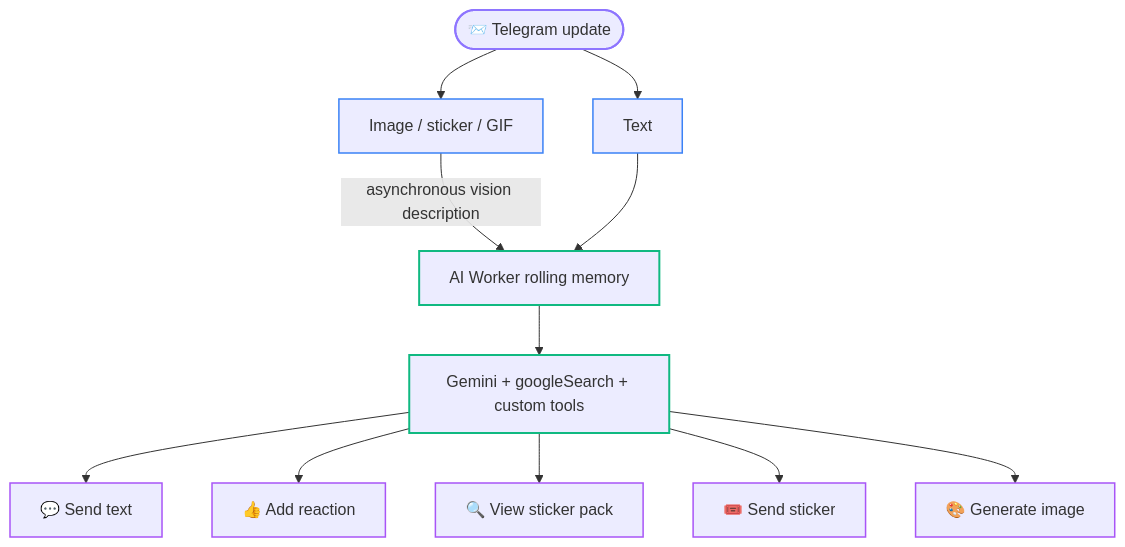
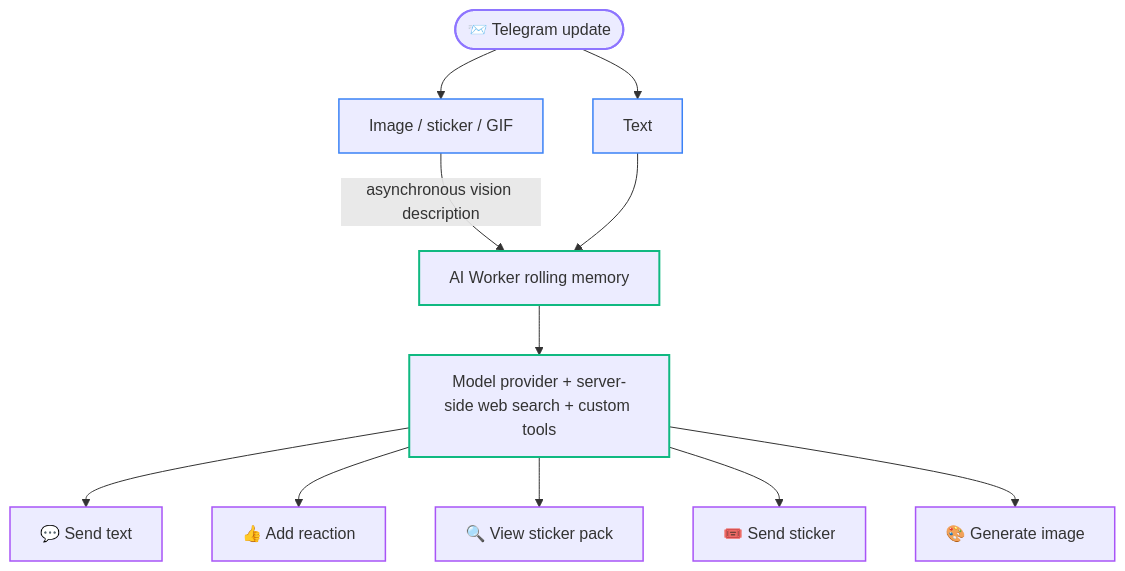
Before and after one commit to Asashishi/copy_ninjia: the second of 2 diagrams in docs/en/02-architecture.md, drawn with Mermaid. The commit also changed other lines of this file and 193 other files, not shown here.

````diff
--- a/docs/en/02-architecture.md
+++ b/docs/en/02-architecture.md
@@ -65,19 +65,19 @@
 ```mermaid
 flowchart TD
     classDef input stroke:#8e75ff,stroke-width:2px;
     classDef process stroke:#3b82f6,stroke-width:1.5px;
     classDef ai stroke:#10b981,stroke-width:2px;
     classDef action stroke:#a855f7,stroke-width:1.5px;
 
     U(["📨 Telegram update"]):::input --> TXT["Text"]:::process
     U --> MED["Image / sticker / GIF"]:::process
     MED -- asynchronous vision description --> MEM["AI Worker rolling memory"]:::ai
     TXT --> MEM
-    MEM --> G["Gemini + googleSearch + custom tools"]:::ai
+    MEM --> G["Model provider + server-side web search + custom tools"]:::ai
 
     G --> A1["💬 Send text"]:::action
     G --> A2["👍 Add reaction"]:::action
     G --> A3["🔍 View sticker pack"]:::action
     G --> A4["🎟️ Send sticker"]:::action
     G --> A5["🎨 Generate image"]:::action
 ```
````
